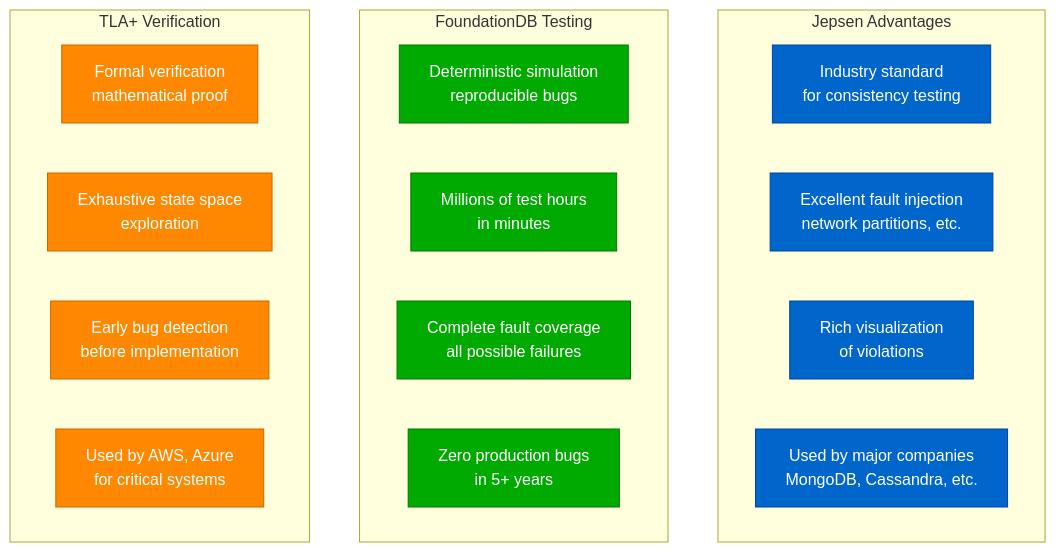
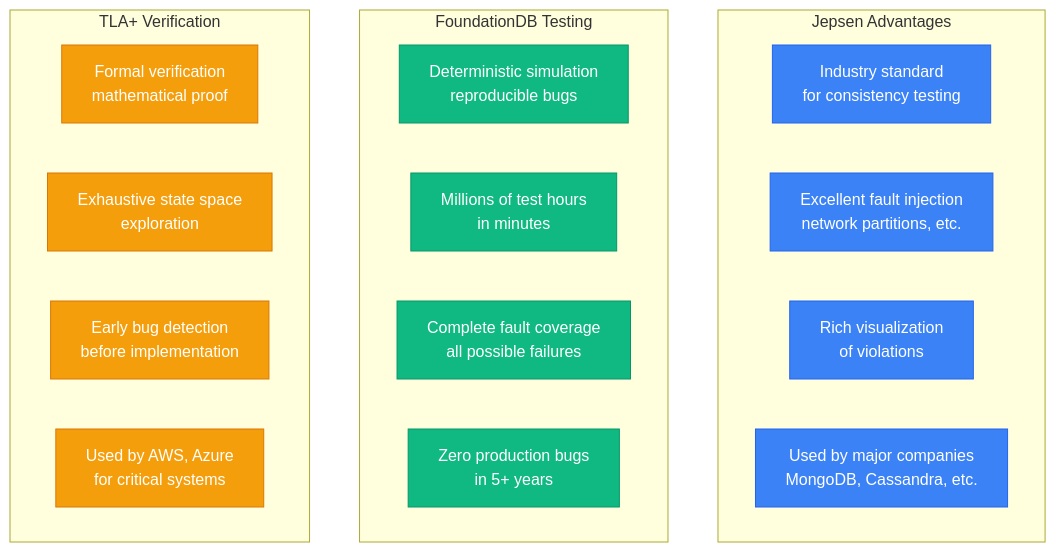
Before and after one commit to deepaucksharma/DS: the seventh of 10 diagrams in site/docs/guarantees/linearizability/linearizability-verification.md, drawn with Mermaid. The commit also changed other lines of this file and 303 other files, not shown here.

````diff
--- a/site/docs/guarantees/linearizability/linearizability-verification.md
+++ b/site/docs/guarantees/linearizability/linearizability-verification.md
@@ -362,31 +362,31 @@
 ```mermaid
 graph TB
     subgraph JepsenPros[Jepsen Advantages]
         J1[Industry standard<br/>for consistency testing]
         J2[Excellent fault injection<br/>network partitions, etc.]
         J3[Rich visualization<br/>of violations]
         J4[Used by major companies<br/>MongoDB, Cassandra, etc.]
     end
 
     subgraph FoundationDBPros[FoundationDB Testing]
         F1[Deterministic simulation<br/>reproducible bugs]
         F2[Millions of test hours<br/>in minutes]
         F3[Complete fault coverage<br/>all possible failures]
         F4[Zero production bugs<br/>in 5+ years]
     end
 
     subgraph TLAPlusPros[TLA+ Verification]
         T1[Formal verification<br/>mathematical proof]
         T2[Exhaustive state space<br/>exploration]
         T3[Early bug detection<br/>before implementation]
         T4[Used by AWS, Azure<br/>for critical systems]
     end
 
-    classDef jepsenStyle fill:#0066CC,stroke:#004499,color:#fff
-    classDef fdbStyle fill:#00AA00,stroke:#007700,color:#fff
-    classDef tlaStyle fill:#FF8800,stroke:#CC6600,color:#fff
+    classDef jepsenStyle fill:#3B82F6,stroke:#2563EB,color:#fff
+    classDef fdbStyle fill:#10B981,stroke:#059669,color:#fff
+    classDef tlaStyle fill:#F59E0B,stroke:#D97706,color:#fff
 
     class J1,J2,J3,J4 jepsenStyle
     class F1,F2,F3,F4 fdbStyle
     class T1,T2,T3,T4 tlaStyle
 ```
````
